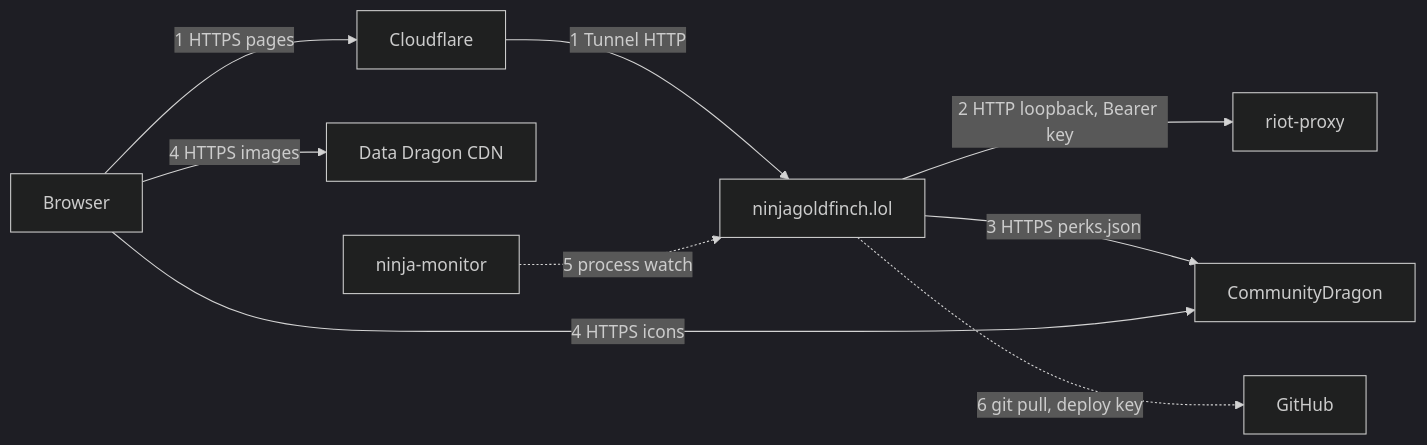
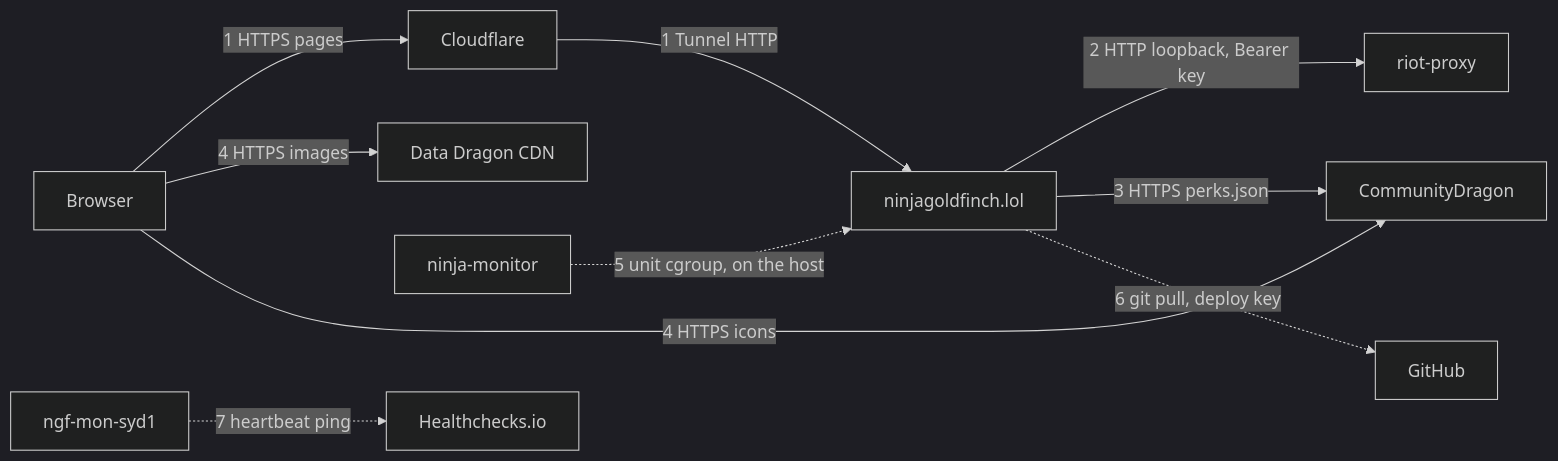
The first of 4 diagrams in docs/integration/service-communication.md (NinjaGoldfinch/ninjagoldfinch-lol), drawn with Mermaid (dark theme) before and after one commit. The commit also changed other lines of this file and 10 other files, not shown here.

````diff
--- a/docs/integration/service-communication.md
+++ b/docs/integration/service-communication.md
@@ -9,20 +9,23 @@
 ```mermaid
 flowchart LR
   Browser[Browser]
   Cloudflare[Cloudflare]
   Site[ninjagoldfinch.lol]
   Proxy[riot-proxy]
   CDragon[CommunityDragon]
   DDragon[Data Dragon CDN]
   Monitor[ninja-monitor]
+  MonHost[ngf-mon-syd1]
+  HC[Healthchecks.io]
   GitHub[GitHub]
 
   Browser -->|1 HTTPS pages| Cloudflare
   Cloudflare -->|1 Tunnel HTTP| Site
   Site -->|2 HTTP loopback, Bearer key| Proxy
   Site -->|3 HTTPS perks.json| CDragon
   Browser -->|4 HTTPS images| DDragon
   Browser -->|4 HTTPS icons| CDragon
-  Monitor -.->|5 process watch| Site
+  Monitor -.->|5 unit cgroup, on the host| Site
   Site -.->|6 git pull, deploy key| GitHub
+  MonHost -.->|7 heartbeat ping| HC
 ```
````
